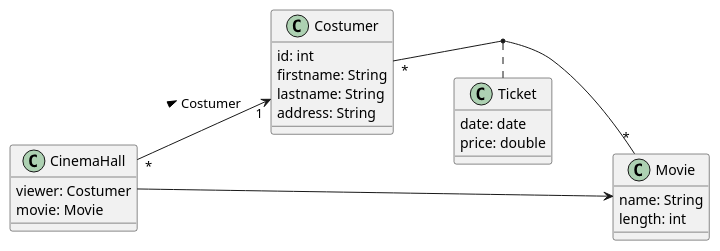
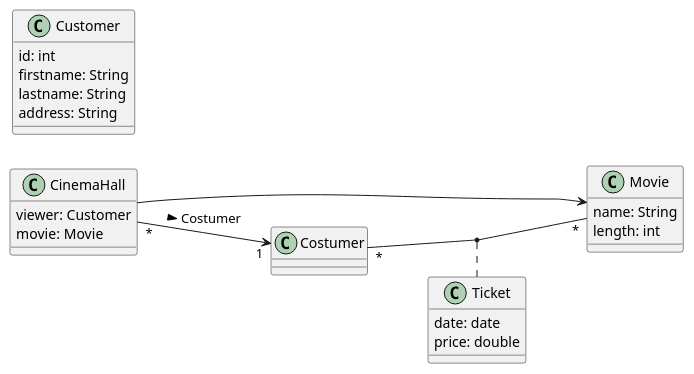
Before and after one commit to 2122-3bhitm-itp/02-project-cinema-reservation: the diagram in asciidocs/plantuml/cld-cinema-reservation.puml, drawn with PlantUML. The commit also changed 1 other file, not shown here.

```diff
--- a/asciidocs/plantuml/cld-cinema-reservation.puml
+++ b/asciidocs/plantuml/cld-cinema-reservation.puml
@@ -1,31 +1,31 @@
 @startuml
 left to right direction
 
 class CinemaHall{
-viewer: Costumer
+viewer: Customer
 movie: Movie
 }
 
-class Costumer {
+class Customer {
 id: int
 firstname: String
 lastname: String
 address: String
 }
 
 class Ticket{
 date: date
 price: double
 }
 
 class Movie{
 name: String
 length: int
 }
 CinemaHall --> Movie
 CinemaHall "*" --> "1" Costumer : Costumer >
 
 Costumer "*" -- "*" Movie
 
 (Costumer, Movie) .. Ticket
 @enduml
```
